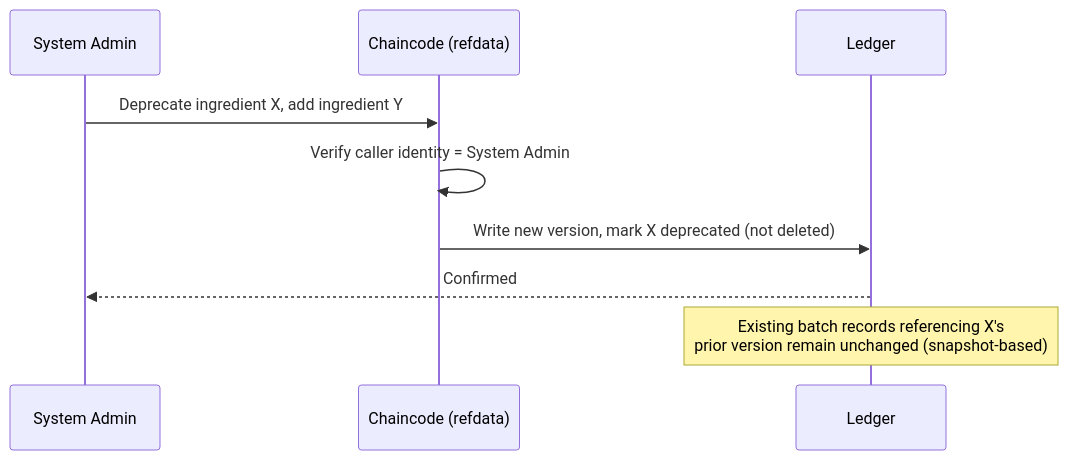
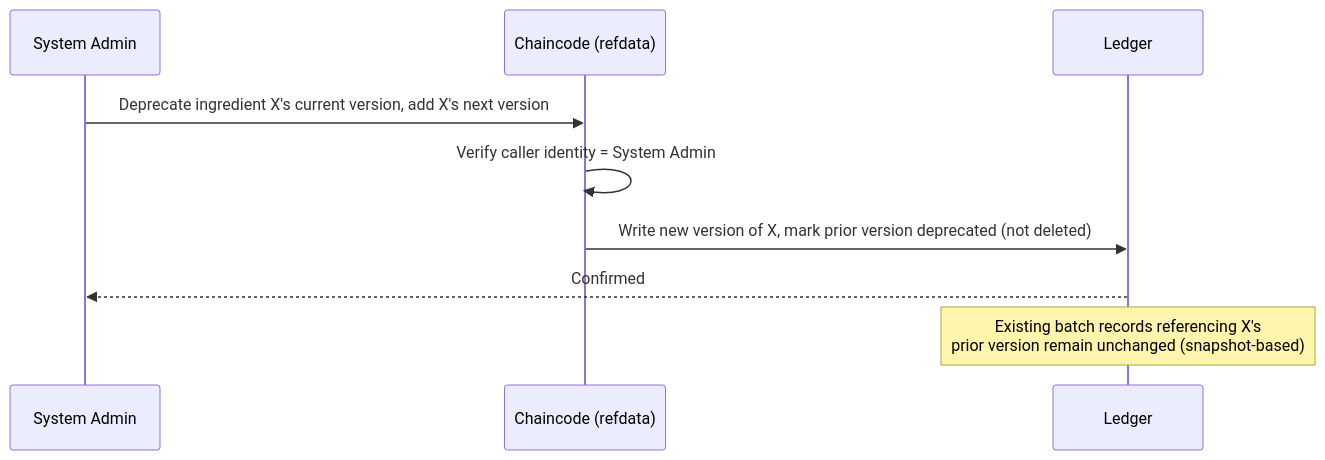
One commit to nadyapribadi/HalCheck changed the fourth of 4 diagrams in docs/05_architecture.md. Above: the diagram before and after it, drawn with Mermaid. The commit also changed 3 other files, not shown here.

First line of the commit message:
fix: correct doc references, stale diagram, test counts, and null-byte corruption

````diff
--- a/docs/05_architecture.md
+++ b/docs/05_architecture.md
@@ -150,13 +150,13 @@
 ```mermaid
 sequenceDiagram
   participant Admin as System Admin
   participant CC as Chaincode (refdata)
   participant L as Ledger
 
-  Admin->>CC: Deprecate ingredient X, add ingredient Y
+  Admin->>CC: Deprecate ingredient X's current version, add X's next version
   CC->>CC: Verify caller identity = System Admin
-  CC->>L: Write new version, mark X deprecated (not deleted)
+  CC->>L: Write new version of X, mark prior version deprecated (not deleted)
   L-->>Admin: Confirmed
 
   Note over L: Existing batch records referencing X's<br/>prior version remain unchanged (snapshot-based)
 ```
````
